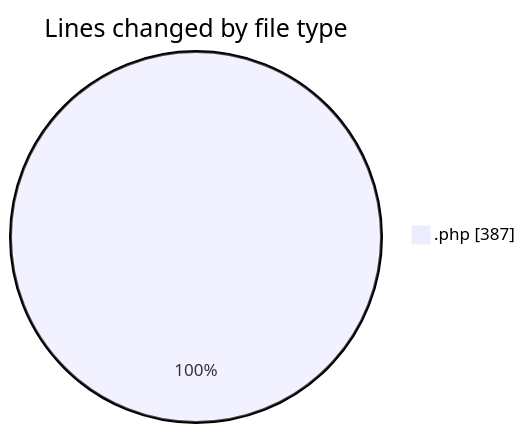
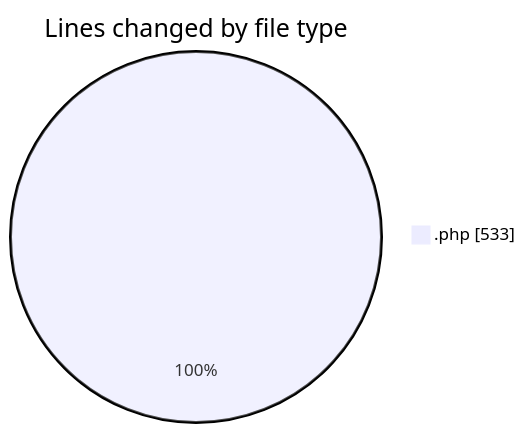
Before and after one commit to LanceThiago/code-tracking: the first of 2 diagrams in 2025-01-22/oficina/README.md, drawn with Mermaid. The commit also changed other lines of this file and 1 other file, not shown here.

````diff
--- a/2025-01-22/oficina/README.md
+++ b/2025-01-22/oficina/README.md
@@ -21,5 +22,5 @@
 ```mermaid
 pie showData
 title Lines changed by file type
-".php" : 387
+".php" : 533
 ```
````
